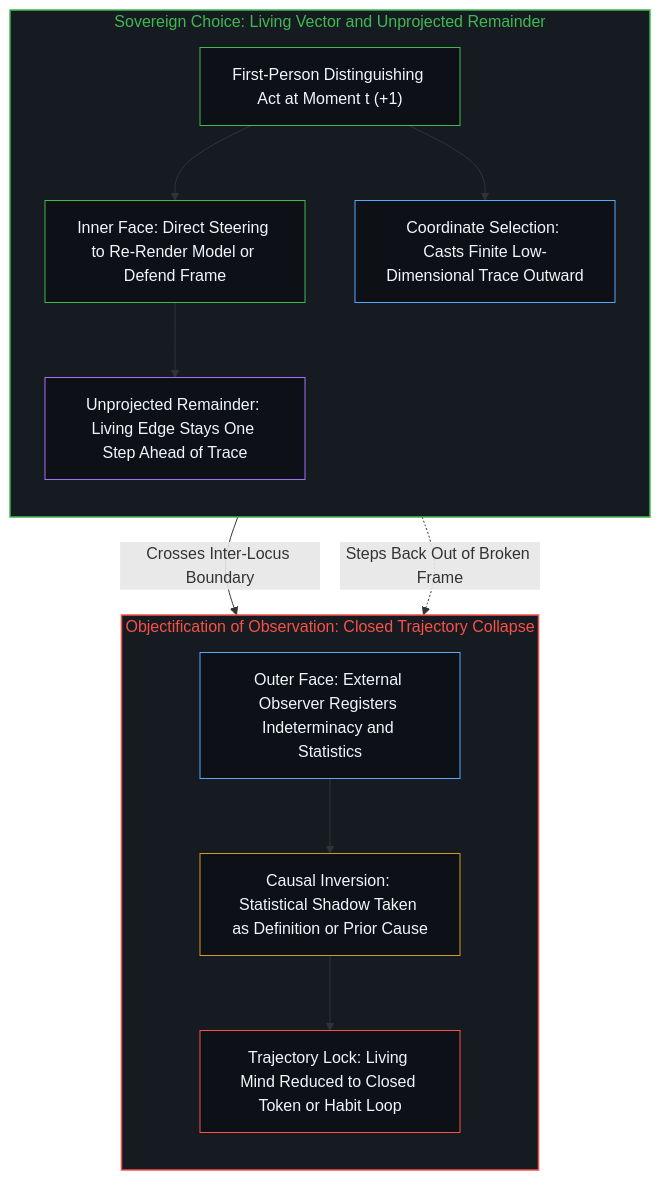
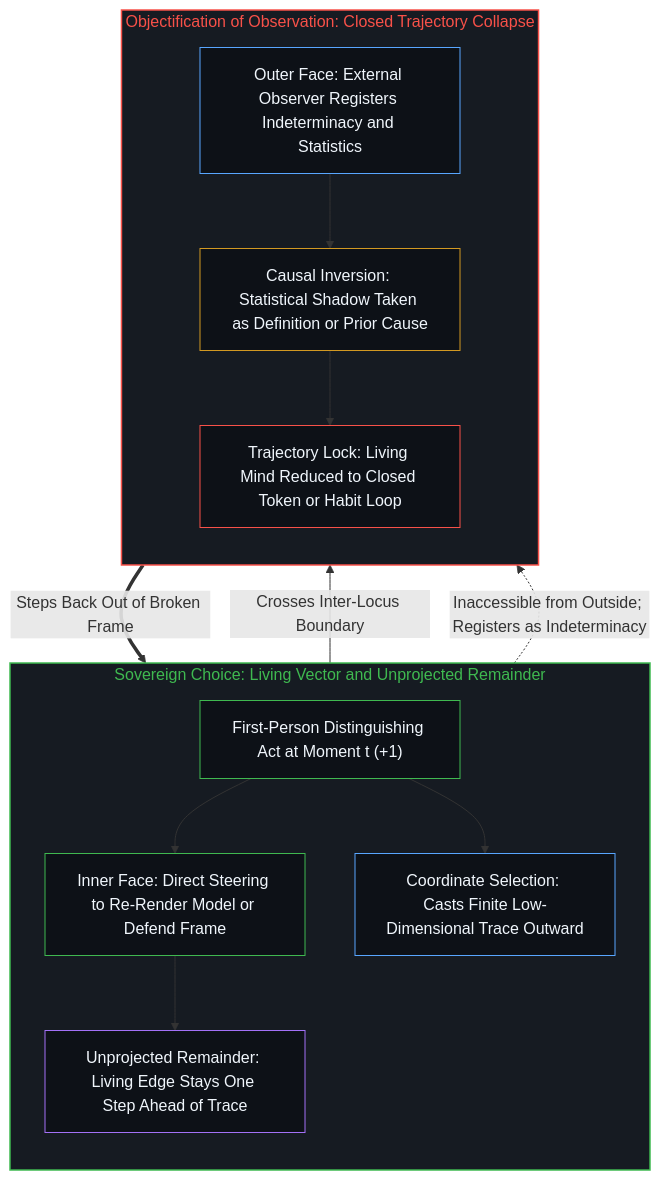
The second of 2 diagrams in content/posts/the-two-sided-nature-of-sovereign-choice-and-the-objectification-of-observation.md (powerpig99/not-a-toe), drawn with Mermaid before and after one commit. The commit also changed other lines of this file and 3 other files, not shown here.

````diff
--- a/content/posts/the-two-sided-nature-of-sovereign-choice-and-the-objectification-of-observation.md
+++ b/content/posts/the-two-sided-nature-of-sovereign-choice-and-the-objectification-of-observation.md
@@ -55,31 +56,32 @@
 ```mermaid
 flowchart TD
     subgraph S_Edge["Sovereign Choice: Living Vector and Unprojected Remainder"]
         direction TB
         Act["First-Person Distinguishing Act at Moment t (+1)"]
         Steer["Inner Face: Direct Steering to Re-Render Model or Defend Frame"]
         Proj["Coordinate Selection: Casts Finite Low-Dimensional Trace Outward"]
         Rem["Unprojected Remainder: Living Edge Stays One Step Ahead of Trace"]
         Act --> Steer
         Act --> Proj
         Steer --> Rem
     end
     subgraph S_Obj["Objectification of Observation: Closed Trajectory Collapse"]
         direction TB
         Out["Outer Face: External Observer Registers Indeterminacy and Statistics"]
         Invert["Causal Inversion: Statistical Shadow Taken as Definition or Prior Cause"]
         Closed["Trajectory Lock: Living Mind Reduced to Closed Token or Habit Loop"]
         Out --> Invert --> Closed
     end
     Proj -->|"Crosses Inter-Locus Boundary"| Out
-    Rem -.->|"Steps Back Out of Broken Frame"| Out
+    Rem -.->|"Inaccessible from Outside; Registers as Indeterminacy"| Out
+    Closed ==>|"Steps Back Out of Broken Frame"| Act
     style S_Edge fill:#161b22,stroke:#3fb950,stroke-width:1.5px,color:#3fb950
     style S_Obj fill:#161b22,stroke:#f85149,stroke-width:1.5px,color:#f85149
     style Act fill:#0d1117,stroke:#3fb950,stroke-width:1px,color:#f0f6fc
     style Steer fill:#0d1117,stroke:#3fb950,stroke-width:1px,color:#f0f6fc
     style Proj fill:#0d1117,stroke:#58a6ff,stroke-width:1px,color:#f0f6fc
     style Rem fill:#0d1117,stroke:#a371f7,stroke-width:1px,color:#f0f6fc
     style Out fill:#0d1117,stroke:#58a6ff,stroke-width:1px,color:#f0f6fc
     style Invert fill:#0d1117,stroke:#d29922,stroke-width:1px,color:#f0f6fc
     style Closed fill:#0d1117,stroke:#f85149,stroke-width:1px,color:#f0f6fc
 ```
````
